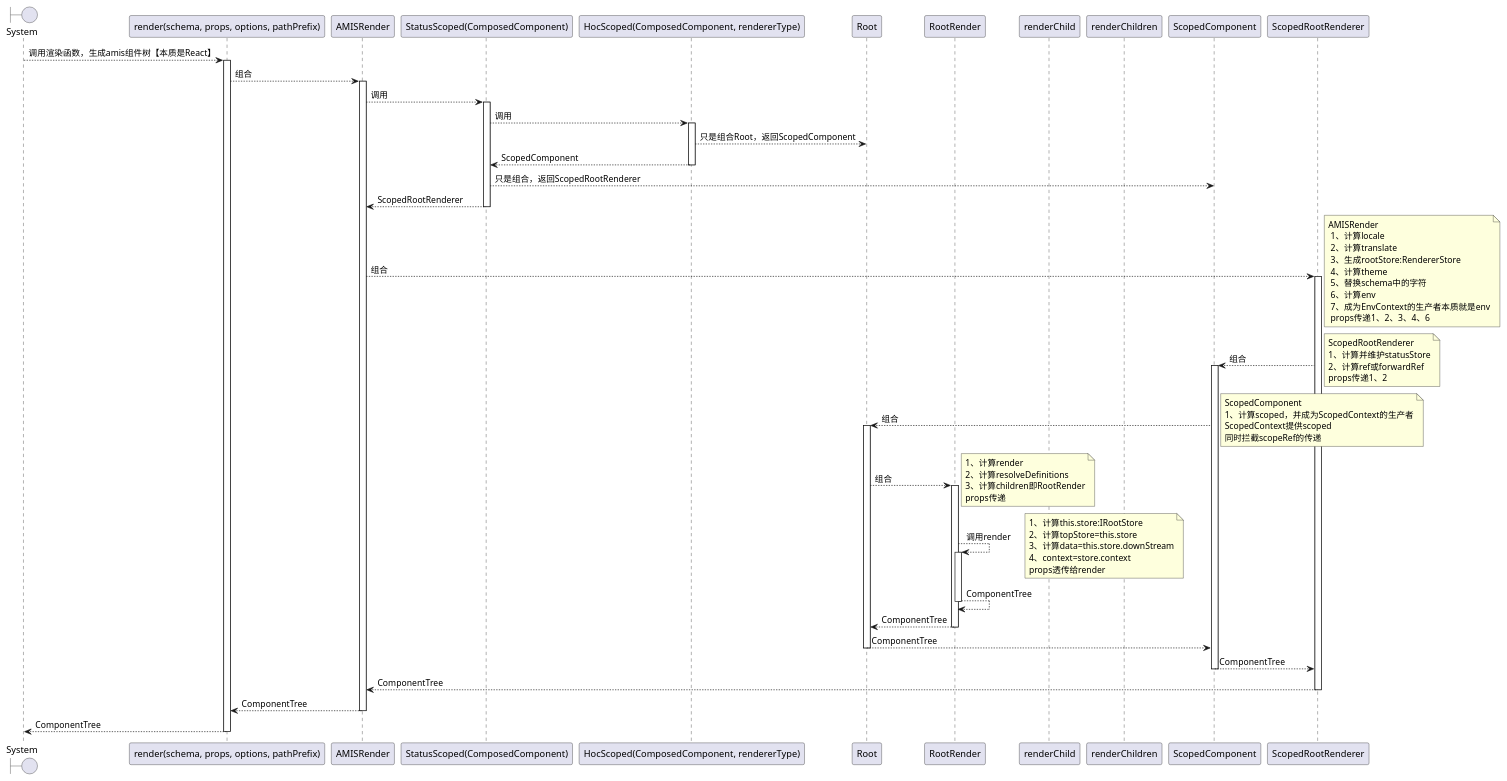
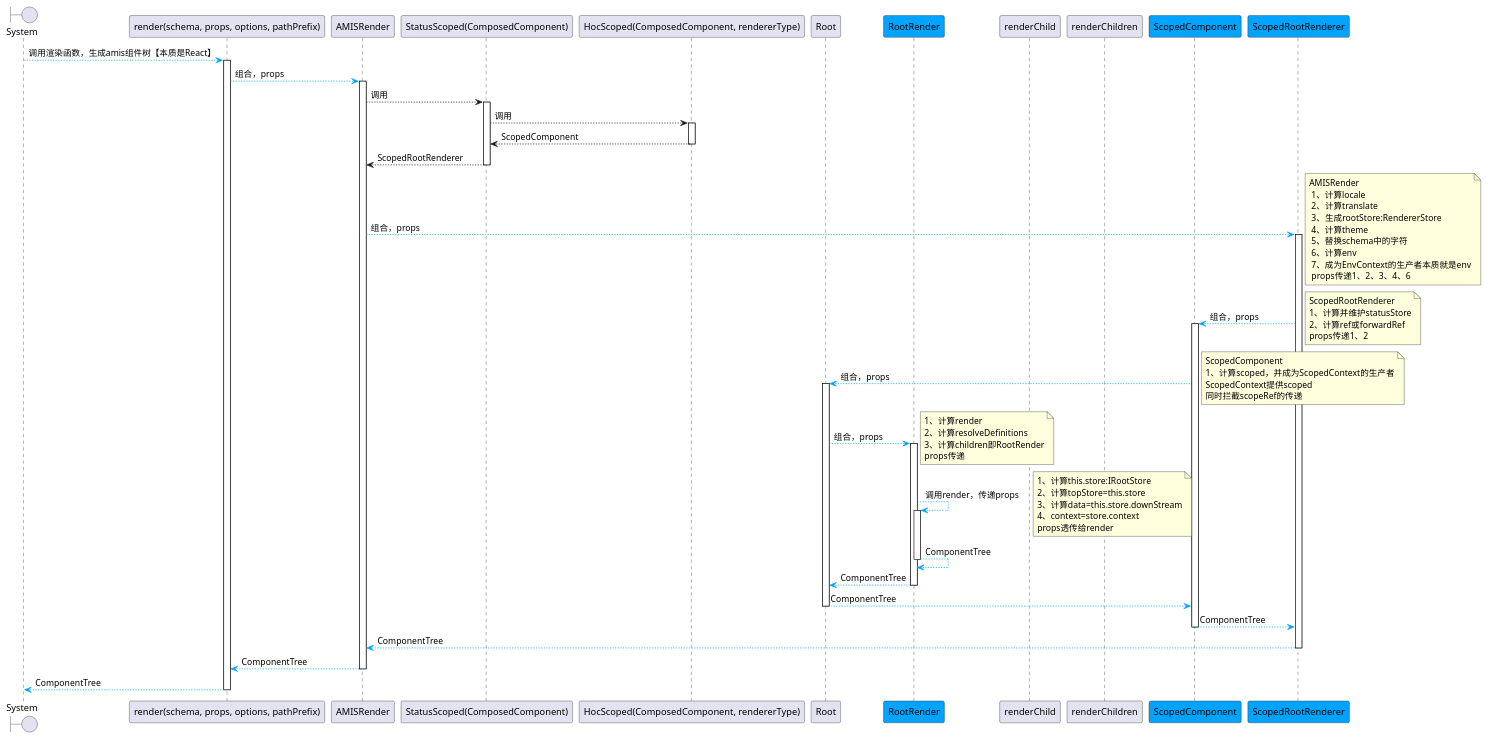
The diagram in doc/专业知识/amis/amis-render.wsd (TigerWFH/webapp), drawn with PlantUML before and after one commit. The commit also changed 1 other file, not shown here.

```diff
--- a/doc/专业知识/amis/amis-render.wsd
+++ b/doc/专业知识/amis/amis-render.wsd
@@ -1,74 +1,74 @@
 @startuml amis渲染流程
 boundary System
 ' participant "Renderer(config)" as Renderer
 ' participant "closureA(config)" as closureA
 ' participant "registerRenderer(component)" as registerRender
 ' System --> Renderer ++ : 调用amis入口函数生成amis组件树
 ' Renderer --> registerRender ++ : 调用闭包注册渲染器，并返回渲染器
 participant "render(schema, props, options, pathPrefix)" as render
 participant AMISRender
 participant "StatusScoped(ComposedComponent)" as StatusScoped
 participant "HocScoped(ComposedComponent, rendererType)" as Scoped
 participant Root
-participant RootRender
+participant RootRender #00a3fe
 participant renderChild
 participant renderChildren
+participant ScopedComponent #00a3fe
+participant ScopedRootRenderer #00a3fe
 
-System --> render ++ : 调用渲染函数，生成amis组件树【本质是React】
-render --> AMISRender ++ :组合
+System -[#00a3fe]-> render ++ : 调用渲染函数，生成amis组件树【本质是React】
+render -[#00a3fe]-> AMISRender ++ :组合，props
 AMISRender --> StatusScoped ++: 调用
     StatusScoped --> Scoped ++ : 调用
-        Scoped --> Root: 只是组合Root，返回ScopedComponent
         return ScopedComponent
-    StatusScoped --> ScopedComponent: 只是组合，返回ScopedRootRenderer
     return ScopedRootRenderer
-AMISRender --> ScopedRootRenderer ++: 组合
+AMISRender -[#00a3fe]-> ScopedRootRenderer ++: 组合，props
 note right
 AMISRender
  1、计算locale
  2、计算translate
  3、生成rootStore:RendererStore
  4、计算theme
  5、替换schema中的字符
  6、计算env
  7、成为EnvContext的生产者本质就是env
  props传递1、2、3、4、6
 end note
-ScopedRootRenderer --> ScopedComponent ++: 组合
+ScopedRootRenderer -[#00a3fe]-> ScopedComponent ++: 组合，props
 note right
 ScopedRootRenderer
 1、计算并维护statusStore
 2、计算ref或forwardRef
 props传递1、2
 end note
-ScopedComponent --> Root ++ : 组合
+ScopedComponent -[#00a3fe]-> Root ++ : 组合，props
 note right
 ScopedComponent
 1、计算scoped，并成为ScopedContext的生产者
 ScopedContext提供scoped
 同时拦截scopeRef的传递
 end note
-Root --> RootRender ++ : 组合
+Root -[#00a3fe]-> RootRender ++ : 组合，props
 note right
 1、计算render
 2、计算resolveDefinitions
 3、计算children即RootRender
 props传递
 end note
-RootRender --> RootRender ++: 调用render
+RootRender -[#00a3fe]-> RootRender ++: 调用render，传递props
 note right
 1、计算this.store:IRootStore
 2、计算topStore=this.store
 3、计算data=this.store.downStream
 4、context=store.context
 props透传给render
 end note
 return ComponentTree
 
 return ComponentTree
 return ComponentTree
 return ComponentTree
 return ComponentTree
 return ComponentTree
 return ComponentTree
 @enduml
```
